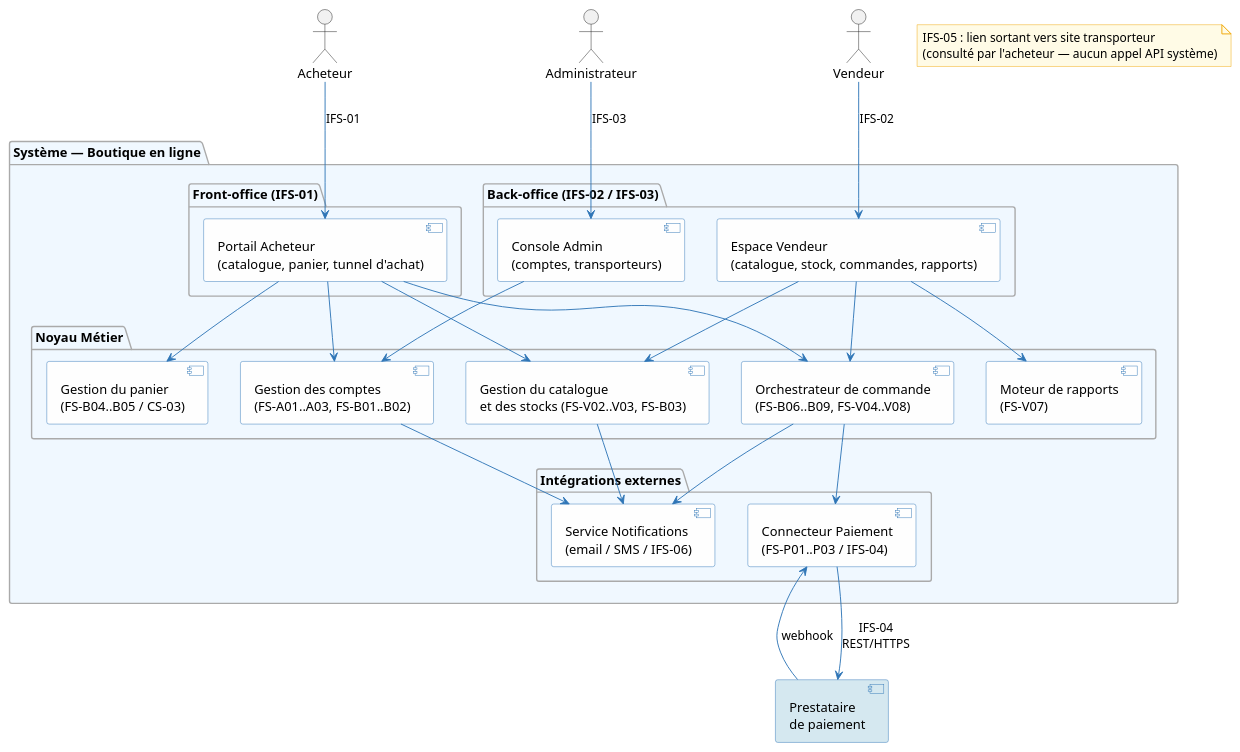
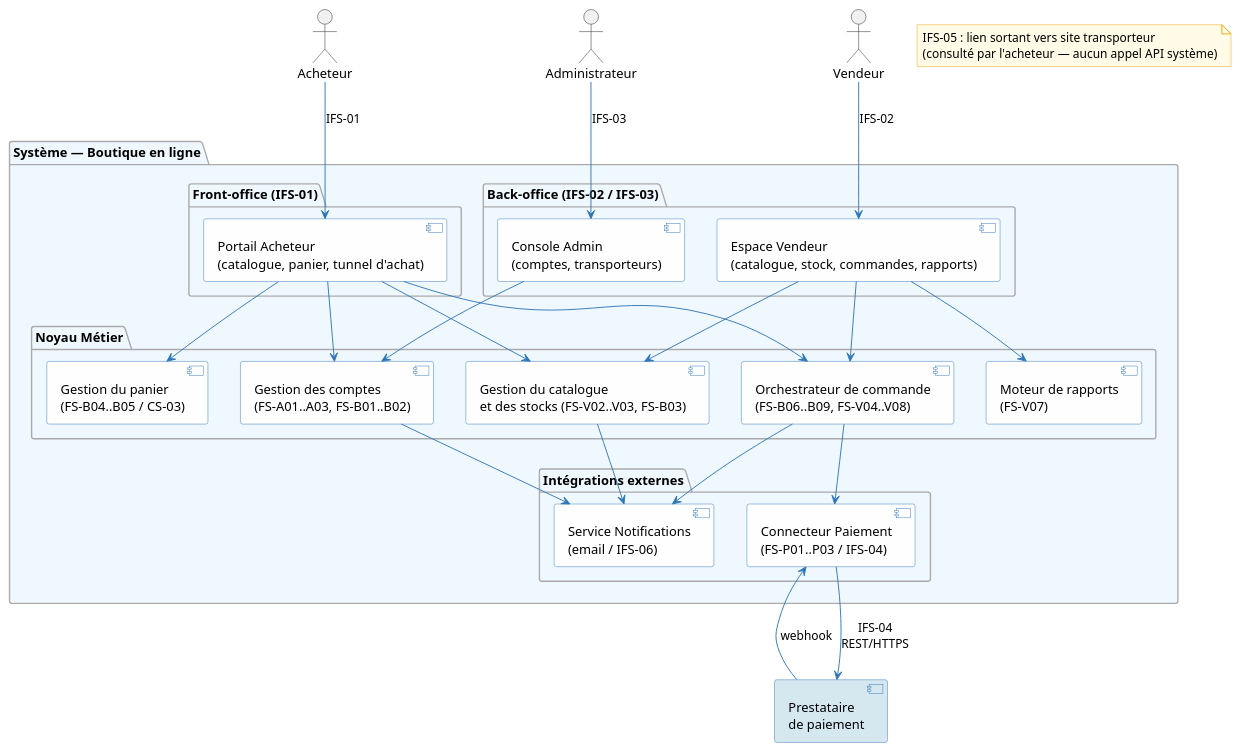
One commit to louistalvande/online_shop changed the fifth of 5 diagrams in architecture/02-system-analysis/sa.adoc. Above: the diagram before and after it, drawn with PlantUML. The commit also changed other lines of this file and 1 other file, not shown here.

Commit message:
remove sms mention

```diff
--- a/architecture/02-system-analysis/sa.adoc
+++ b/architecture/02-system-analysis/sa.adoc
@@ -1372,69 +1372,69 @@
 [plantuml, sa-components, svg]
 ----
 skinparam componentBackgroundColor #FEFEFE
 skinparam componentBorderColor #2E75B6
 skinparam arrowColor #2E75B6
 skinparam interfaceBackgroundColor #E8F4FD
 skinparam interfaceBorderColor #2E75B6
 skinparam noteBackgroundColor #FFFBE6
 skinparam noteBorderColor #F0A500
 skinparam packageBackgroundColor #F0F8FF
 skinparam packageBorderColor #AAAAAA
 
 actor "Acheteur" as Buyer
 actor "Vendeur" as Vendor
 actor "Administrateur" as Admin
 
 package "Système — Boutique en ligne" {
 
   package "Front-office (IFS-01)" {
     [Portail Acheteur\n(catalogue, panier, tunnel d'achat)] as FrontBuyer
   }
 
   package "Back-office (IFS-02 / IFS-03)" {
     [Espace Vendeur\n(catalogue, stock, commandes, rapports)] as BackVendor
     [Console Admin\n(comptes, transporteurs)] as BackAdmin
   }
 
   package "Noyau Métier" {
     [Gestion des comptes\n(FS-A01..A03, FS-B01..B02)] as AccountSvc
     [Gestion du catalogue\net des stocks (FS-V02..V03, FS-B03)] as CatalogSvc
     [Gestion du panier\n(FS-B04..B05 / CS-03)] as CartSvc
     [Orchestrateur de commande\n(FS-B06..B09, FS-V04..V08)] as OrderSvc
     [Moteur de rapports\n(FS-V07)] as ReportSvc
   }
 
   package "Intégrations externes" {
     [Connecteur Paiement\n(FS-P01..P03 / IFS-04)] as PaySvc
-    [Service Notifications\n(email / SMS / IFS-06)] as NotifSvc
+    [Service Notifications\n(email / IFS-06)] as NotifSvc
   }
 
 }
 
 component "Prestataire\nde paiement" as ExtPayment #D5E8F0
 
 Buyer --> FrontBuyer : IFS-01
 Vendor --> BackVendor : IFS-02
 Admin --> BackAdmin : IFS-03
 
 FrontBuyer --> AccountSvc
 FrontBuyer --> CatalogSvc
 FrontBuyer --> CartSvc
 FrontBuyer --> OrderSvc
 
 BackVendor --> CatalogSvc
 BackVendor --> OrderSvc
 BackVendor --> ReportSvc
 
 BackAdmin --> AccountSvc
 
 OrderSvc --> PaySvc
 OrderSvc --> NotifSvc
 AccountSvc --> NotifSvc
 CatalogSvc --> NotifSvc
 
 PaySvc --> ExtPayment : IFS-04\nREST/HTTPS
 ExtPayment --> PaySvc : webhook
 
 note "IFS-05 : lien sortant vers site transporteur\n(consulté par l'acheteur — aucun appel API système)" as N1
 ----
```
